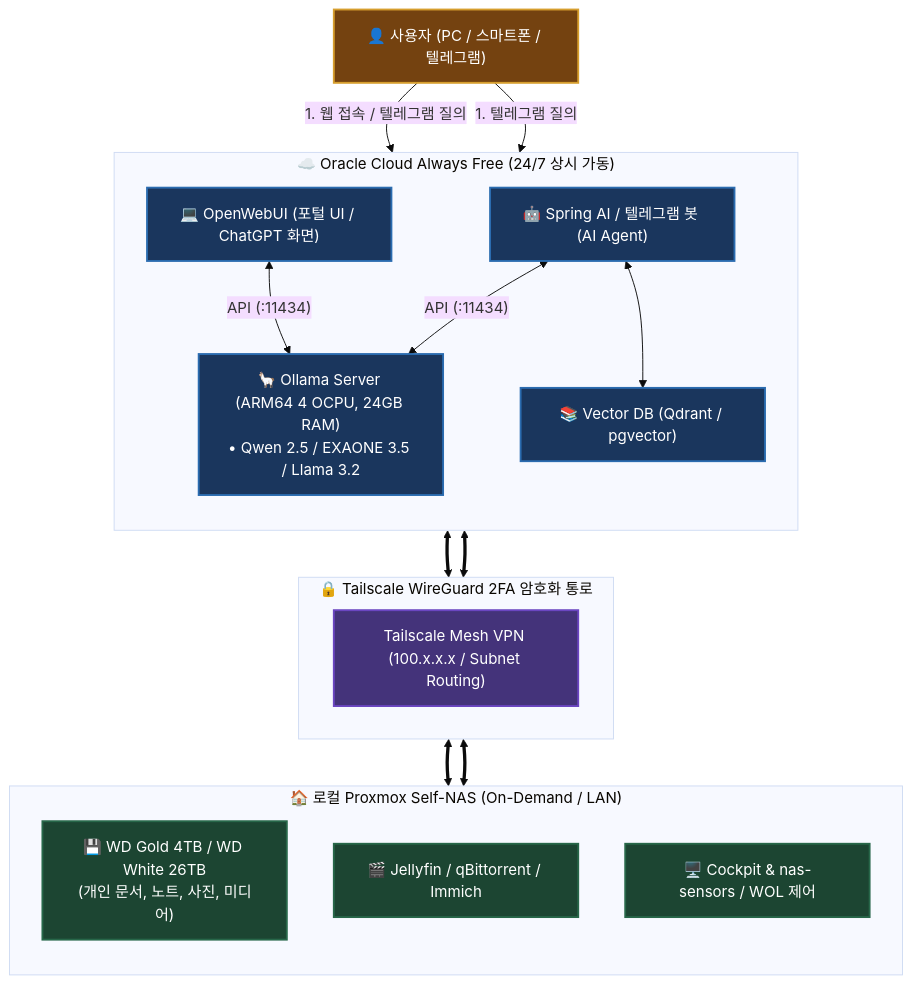
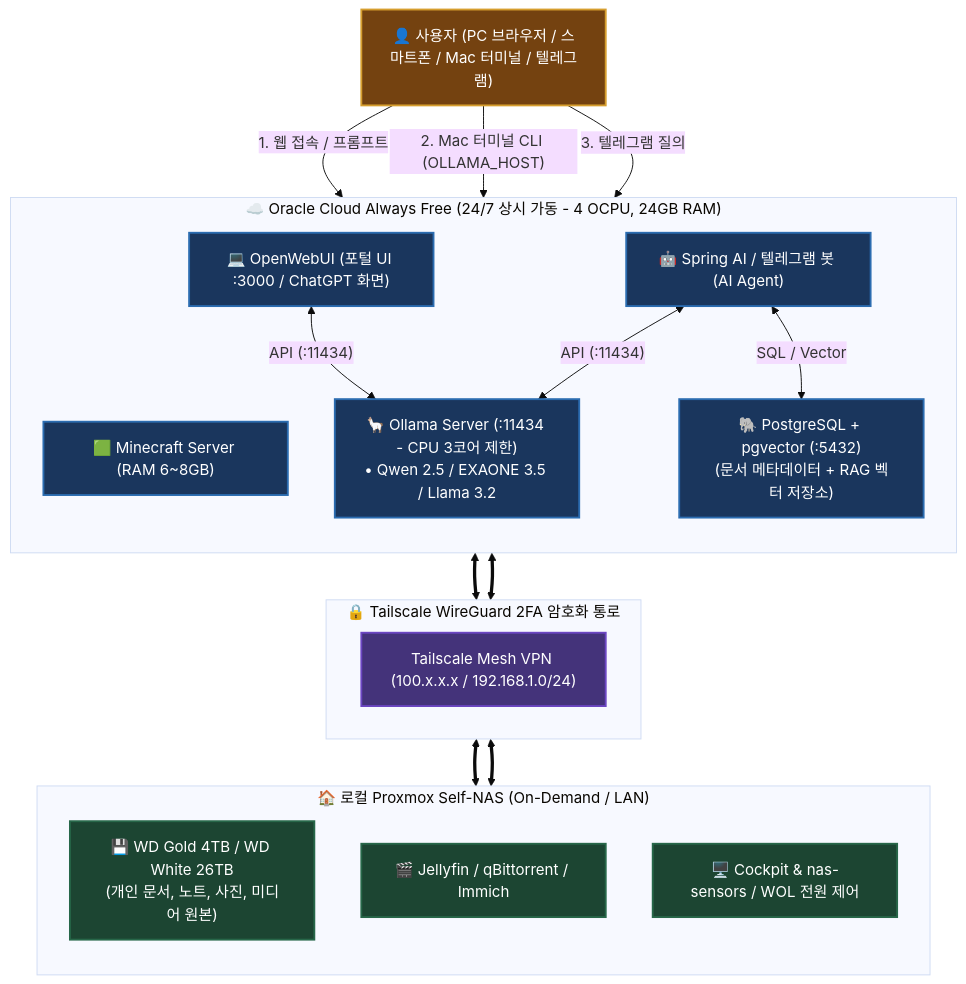
Before and after one commit to waceh/nas: the first of 2 diagrams in self-nas/docs/97_oci_hybrid_ai_service_and_ollama_architecture.md, drawn with Mermaid (base theme). The commit also changed other lines of this file, not shown here.

Commit message:
docs: enrich 97 guide with minecraft co-existence, pgvector vs qdrant, and cli usage

````diff
--- a/self-nas/docs/97_oci_hybrid_ai_service_and_ollama_architecture.md
+++ b/self-nas/docs/97_oci_hybrid_ai_service_and_ollama_architecture.md
@@ -9,38 +9,41 @@
 ```mermaid
 flowchart TB
     %% Styles
     classDef cloud fill:#1a365d,stroke:#2b6cb0,stroke-width:2px,color:#fff;
     classDef tunnel fill:#44337a,stroke:#6b46c1,stroke-width:2px,color:#fff;
     classDef home fill:#1c4532,stroke:#276749,stroke-width:2px,color:#fff;
     classDef user fill:#744210,stroke:#d69e2e,stroke-width:2px,color:#fff;
 
-    User["👤 사용자 (PC / 스마트폰 / 텔레그램)"]:::user
+    User["👤 사용자 (PC 브라우저 / 스마트폰 / Mac 터미널 / 텔레그램)"]:::user
 
-    subgraph OCI["☁️ Oracle Cloud Always Free (24/7 상시 가동)"]
+    subgraph OCI["☁️ Oracle Cloud Always Free (24/7 상시 가동 - 4 OCPU, 24GB RAM)"]
         direction TB
-        WebUI["💻 OpenWebUI (포털 UI / ChatGPT 화면)"]:::cloud
-        Ollama["🦙 Ollama Server (ARM64 4 OCPU, 24GB RAM)<br/>• Qwen 2.5 / EXAONE 3.5 / Llama 3.2"]:::cloud
+        MC["🟩 Minecraft Server (RAM 6~8GB)"]:::cloud
+        WebUI["💻 OpenWebUI (포털 UI :3000 / ChatGPT 화면)"]:::cloud
+        Ollama["🦙 Ollama Server (:11434 - CPU 3코어 제한)<br/>• Qwen 2.5 / EXAONE 3.5 / Llama 3.2"]:::cloud
+        PGVector["🐘 PostgreSQL + pgvector (:5432)<br/>(문서 메타데이터 + RAG 벡터 저장소)"]:::cloud
         SpringAI["🤖 Spring AI / 텔레그램 봇 (AI Agent)"]:::cloud
-        VecDB["📚 Vector DB (Qdrant / pgvector)"]:::cloud
     end
 
     subgraph Tunnel["🔒 Tailscale WireGuard 2FA 암호화 통로"]
-        TS["Tailscale Mesh VPN (100.x.x.x / Subnet Routing)"]:::tunnel
+        TS["Tailscale Mesh VPN (100.x.x.x / 192.168.1.0/24)"]:::tunnel
     end
 
     subgraph Home["🏠 로컬 Proxmox Self-NAS (On-Demand / LAN)"]
         direction TB
-        Storage["💾 WD Gold 4TB / WD White 26TB<br/>(개인 문서, 노트, 사진, 미디어)"]:::home
+        Storage["💾 WD Gold 4TB / WD White 26TB<br/>(개인 문서, 노트, 사진, 미디어 원본)"]:::home
         Services["🎬 Jellyfin / qBittorrent / Immich"]:::home
-        Sensors["🖥️ Cockpit & nas-sensors / WOL 제어"]:::home
+        Sensors["🖥️ Cockpit & nas-sensors / WOL 전원 제어"]:::home
     end
 
-    User -->|"1. 웹 접속 / 텔레그램 질의"| WebUI
-    User -->|"1. 텔레그램 질의"| SpringAI
+    User -->|"1. 웹 접속 / 프롬프트"| WebUI
+    User -->|"2. Mac 터미널 CLI (OLLAMA_HOST)"| Ollama
+    User -->|"3. 텔레그램 질의"| SpringAI
+
     WebUI <-->|"API (:11434)"| Ollama
     SpringAI <-->|"API (:11434)"| Ollama
-    SpringAI <--> VecDB
+    SpringAI <-->|"SQL / Vector"| PGVector
 
     WebUI <==> Tunnel <==> Home
     SpringAI <==> Tunnel <==> Home
 ```
````
